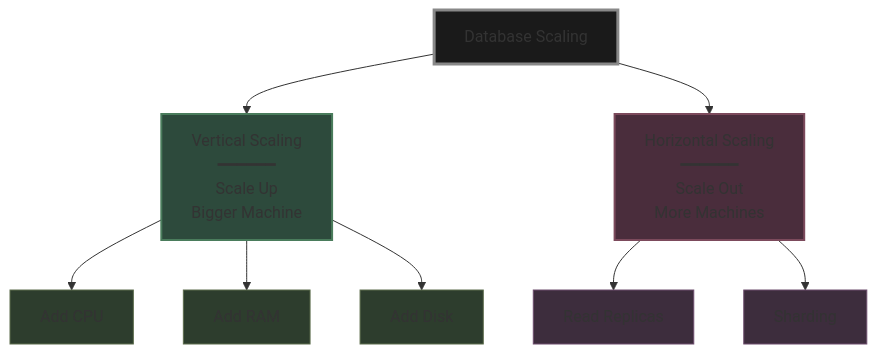
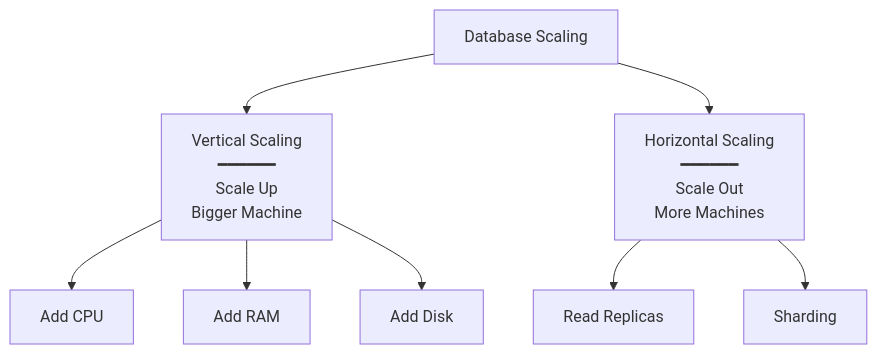
One commit to Yash-Kavaiya/The-System-Design-Masterclass changed the second of 19 diagrams in system design beginner/7. Scaling Databases.md. Above: the diagram before and after it, drawn with Mermaid. The commit also changed other lines of this file, not shown here.

````diff
--- a/system design beginner/7. Scaling Databases.md
+++ b/system design beginner/7. Scaling Databases.md
@@ -34,24 +31,16 @@
 ```mermaid
 graph TB
     SCALE[Database Scaling]
     
     SCALE --> VERT[Vertical Scaling<br/>━━━━━━<br/>Scale Up<br/>Bigger Machine]
     
     SCALE --> HORIZ[Horizontal Scaling<br/>━━━━━━<br/>Scale Out<br/>More Machines]
     
     VERT --> V1[Add CPU]
     VERT --> V2[Add RAM]
     VERT --> V3[Add Disk]
     
     HORIZ --> H1[Read Replicas]
     HORIZ --> H2[Sharding]
     
-    style SCALE fill:#1a1a1a,stroke:#888,stroke-width:3px
-    style VERT fill:#2d4a3c,stroke:#4a7c5c,stroke-width:2px
-    style HORIZ fill:#4a2d3c,stroke:#7c4a5c,stroke-width:2px
-    style V1 fill:#2d3d2d,stroke:#5d6d4d
-    style V2 fill:#2d3d2d,stroke:#5d6d4d
-    style V3 fill:#2d3d2d,stroke:#5d6d4d
-    style H1 fill:#3d2d3d,stroke:#6d4d6d
-    style H2 fill:#3d2d3d,stroke:#6d4d6d
 ```
````
